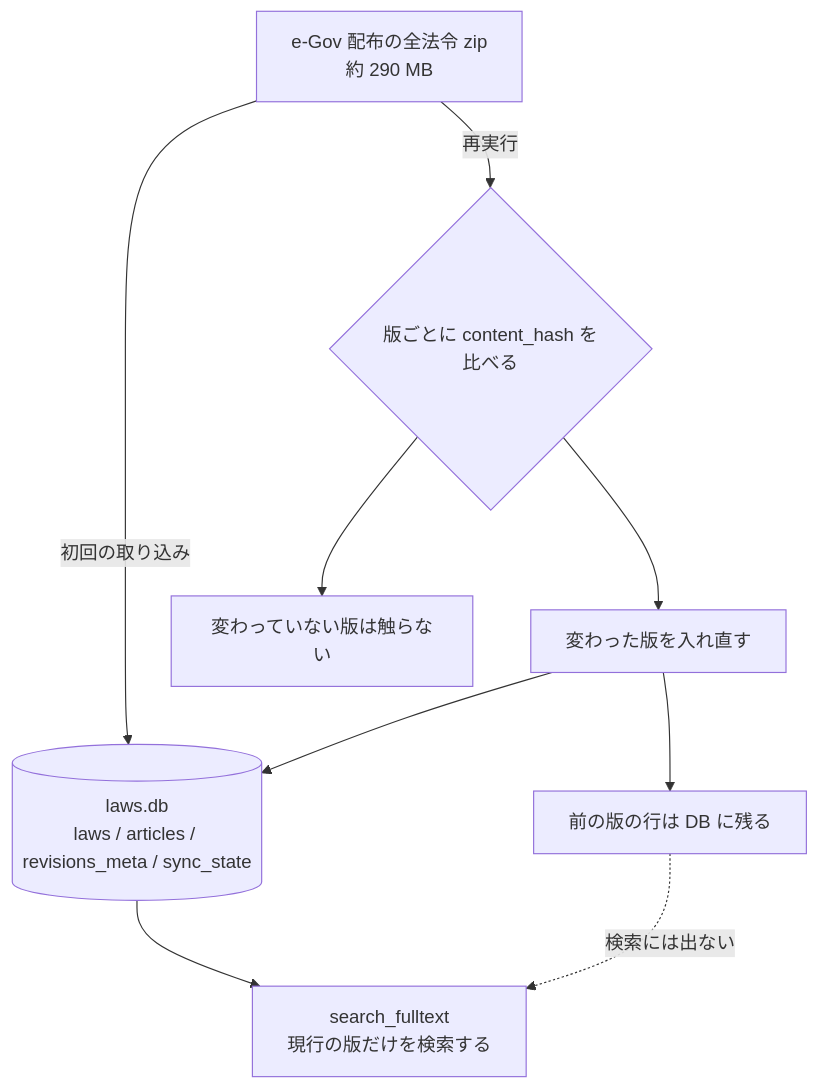
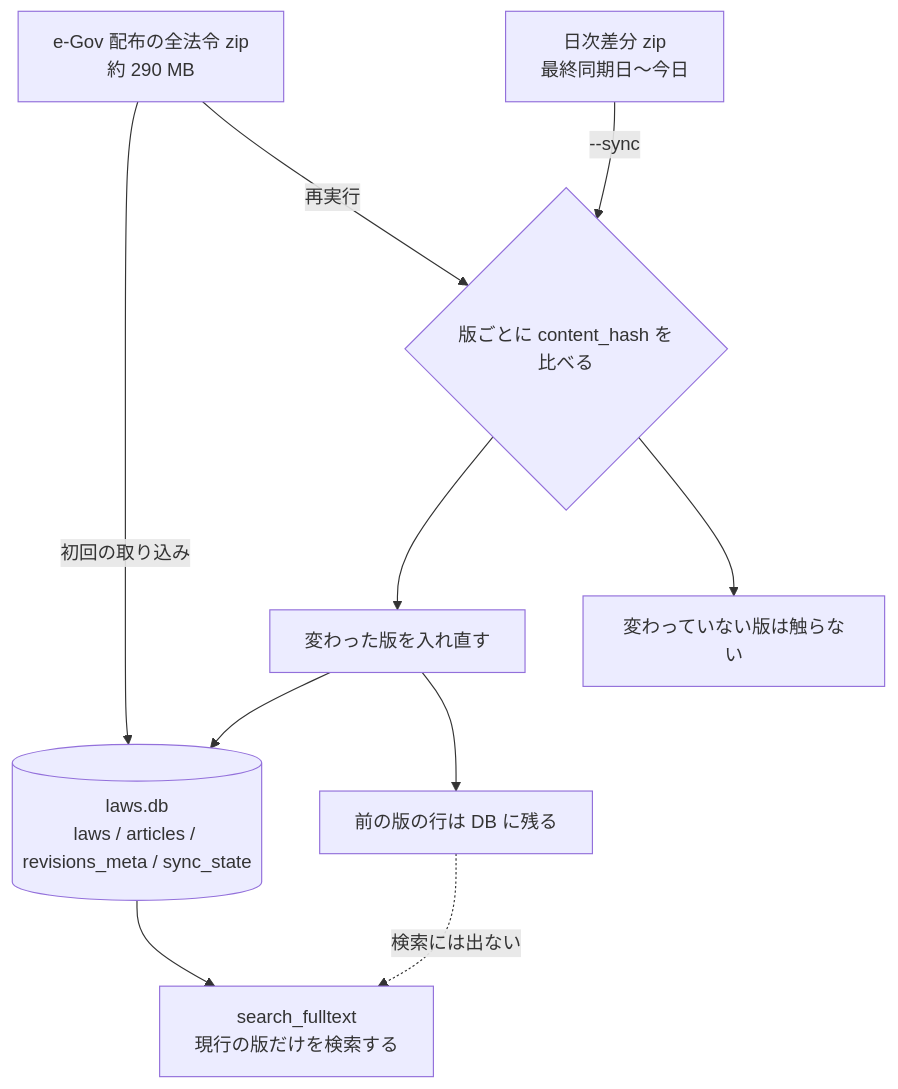
Before and after one commit to shuji-bonji/houki-hub: the diagram in site/docs/mcp/houki-egov.md, drawn with Mermaid. The commit also changed other lines of this file and 4 other files, not shown here.

First line of the commit message:
docs: houki-egov-mcp v0.8.0（#21 差分同期 --sync）に追随（site の houki-egov / local-database / roadmap、ROADMAP）。hub#21 の機能 5 をチェックするスクリプト

````diff
--- a/site/docs/mcp/houki-egov.md
+++ b/site/docs/mcp/houki-egov.md
@@ -77,19 +86,21 @@
 ```mermaid
 flowchart TB
   Z["e-Gov 配布の全法令 zip<br/>約 290 MB"]
+  D["日次差分 zip<br/>最終同期日〜今日"]
   DB[("laws.db<br/>laws / articles / revisions_meta / sync_state")]
   S["search_fulltext<br/>現行の版だけを検索する"]
   H{"版ごとに content_hash を比べる"}
   U["変わった版を入れ直す"]
   K["変わっていない版は触らない"]
   O["前の版の行は DB に残る"]
 
   Z -->|初回の取り込み| DB
   DB --> S
+  D -->|--sync| H
   Z -->|再実行| H
   H --> U
   H --> K
   U --> DB
   U --> O
   O -.->|検索には出ない| S
 ```
````
